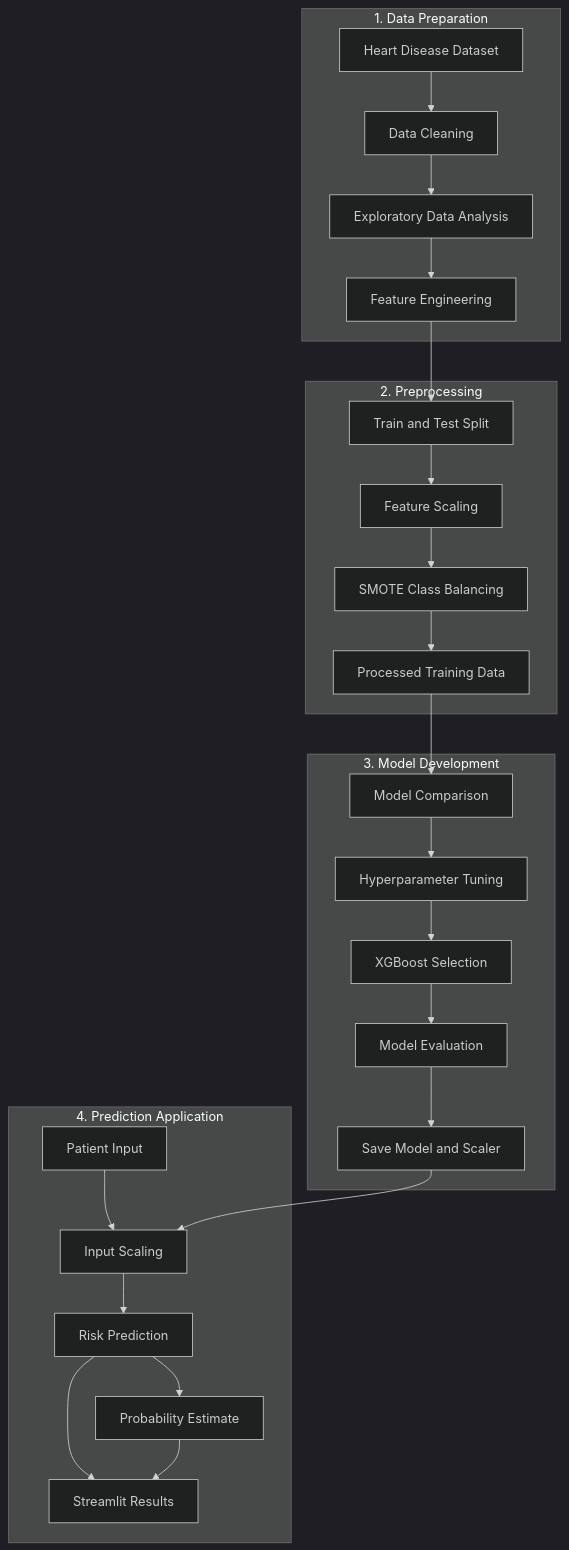
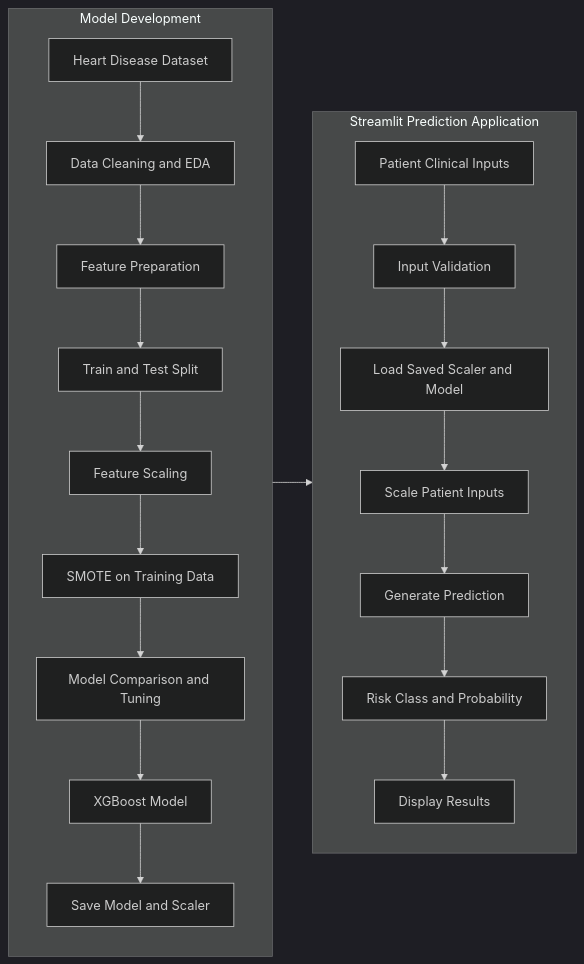
Before and after one commit to Azoqoz/heart-disease-risk-prediction: the diagram in README.md, drawn with Mermaid (dark theme). The commit also changed other lines of this file, not shown here.

````diff
--- a/README.md
+++ b/README.md
@@ -111,47 +91,34 @@
 ```mermaid
-flowchart TD
-    subgraph A["1. Data Preparation"]
-        A1[Heart Disease Dataset]
-        A2[Data Cleaning]
-        A3[Exploratory Data Analysis]
-        A4[Feature Engineering]
+flowchart LR
+    subgraph TRAIN["Model Development"]
+        direction TB
 
-        A1 --> A2 --> A3 --> A4
+        T1[Heart Disease Dataset]
+        T2[Data Cleaning and EDA]
+        T3[Feature Preparation]
+        T4[Train and Test Split]
+        T5[Feature Scaling]
+        T6[SMOTE on Training Data]
+        T7[Model Comparison and Tuning]
+        T8[XGBoost Model]
+        T9[Save Model and Scaler]
+
+        T1 --> T2 --> T3 --> T4 --> T5 --> T6 --> T7 --> T8 --> T9
     end
 
-    subgraph B["2. Preprocessing"]
-        B1[Train and Test Split]
-        B2[Feature Scaling]
-        B3[SMOTE Class Balancing]
-        B4[Processed Training Data]
+    subgraph APP["Streamlit Prediction Application"]
+        direction TB
 
-        B1 --> B2 --> B3 --> B4
+        A1[Patient Clinical Inputs]
+        A2[Input Validation]
+        A3[Load Saved Scaler and Model]
+        A4[Scale Patient Inputs]
+        A5[Generate Prediction]
+        A6[Risk Class and Probability]
+        A7[Display Results]
+
+        A1 --> A2 --> A3 --> A4 --> A5 --> A6 --> A7
     end
 
-    subgraph C["3. Model Development"]
-        C1[Model Comparison]
-        C2[Hyperparameter Tuning]
-        C3[XGBoost Selection]
-        C4[Model Evaluation]
-        C5[Save Model and Scaler]
-
-        C1 --> C2 --> C3 --> C4 --> C5
-    end
-
-    subgraph D["4. Prediction Application"]
-        D1[Patient Input]
-        D2[Input Scaling]
-        D3[Risk Prediction]
-        D4[Probability Estimate]
-        D5[Streamlit Results]
-
-        D1 --> D2 --> D3
-        D3 --> D4
-        D3 --> D5
-        D4 --> D5
-    end
-
-    A4 --> B1
-    B4 --> C1
-    C5 --> D2
+    T9 --> A3
 ```
````
